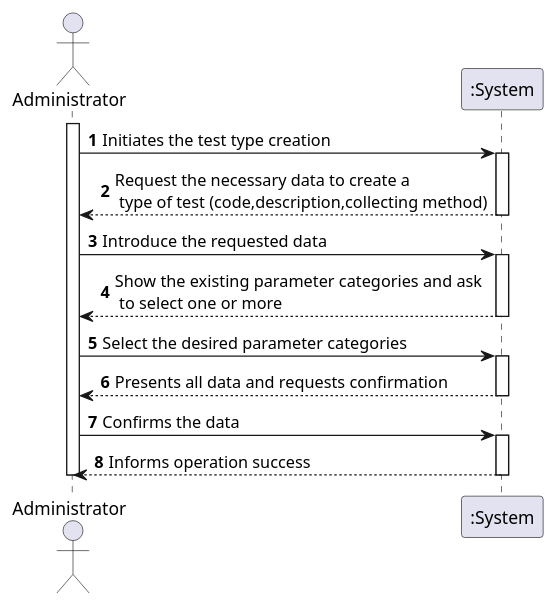
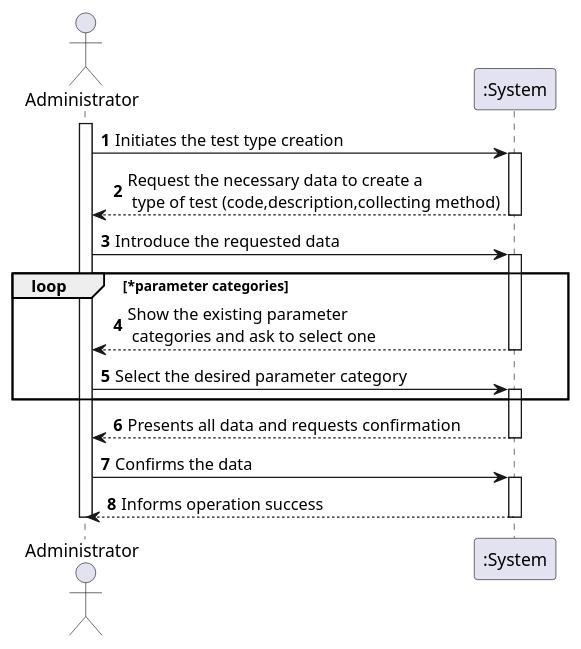
The diagram in docs/SprintB/US09/US09_SSD.puml (manu-07-ela/LAPR2_ISEP), drawn with PlantUML before and after one commit. The commit also changed 3 other files, not shown here.

```diff
--- a/docs/SprintB/US09/US09_SSD.puml
+++ b/docs/SprintB/US09/US09_SSD.puml
@@ -1,28 +1,31 @@
 @startuml
 autonumber
 actor "Administrator" as Adm
 
 activate Adm
 Adm -> ":System" : Initiates the test type creation
 activate ":System"
 ":System" --> Adm : Request the necessary data to create a\n type of test (code,description,collecting method)
 deactivate ":System"
 
 Adm -> ":System" : Introduce the requested data
 activate ":System"
-":System" --> Adm : Show the existing parameter categories and ask\n to select one or more
-deactivate ":System"
+ loop *parameter categories
+    ":System" --> Adm : Show the existing parameter\n categories and ask to select one
+    deactivate ":System"
 
-Adm -> ":System" : Select the desired parameter categories
-activate ":System"
+    Adm -> ":System" : Select the desired parameter category
+    activate ":System"
+
+ end
 ":System" --> Adm : Presents all data and requests confirmation
 deactivate ":System"
 
 Adm -> ":System" : Confirms the data
 activate ":System"
 ":System" --> Adm : Informs operation success
 deactivate ":System"
 
 deactivate Adm
 
 @enduml
```
